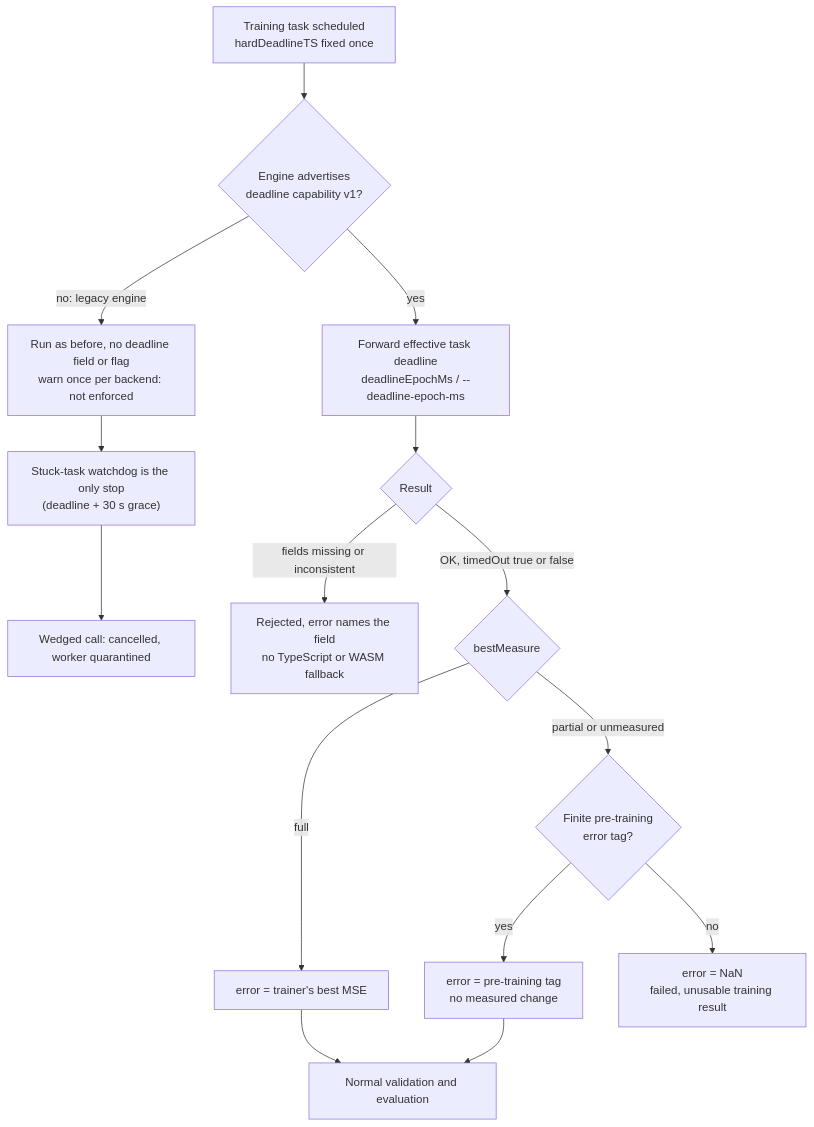
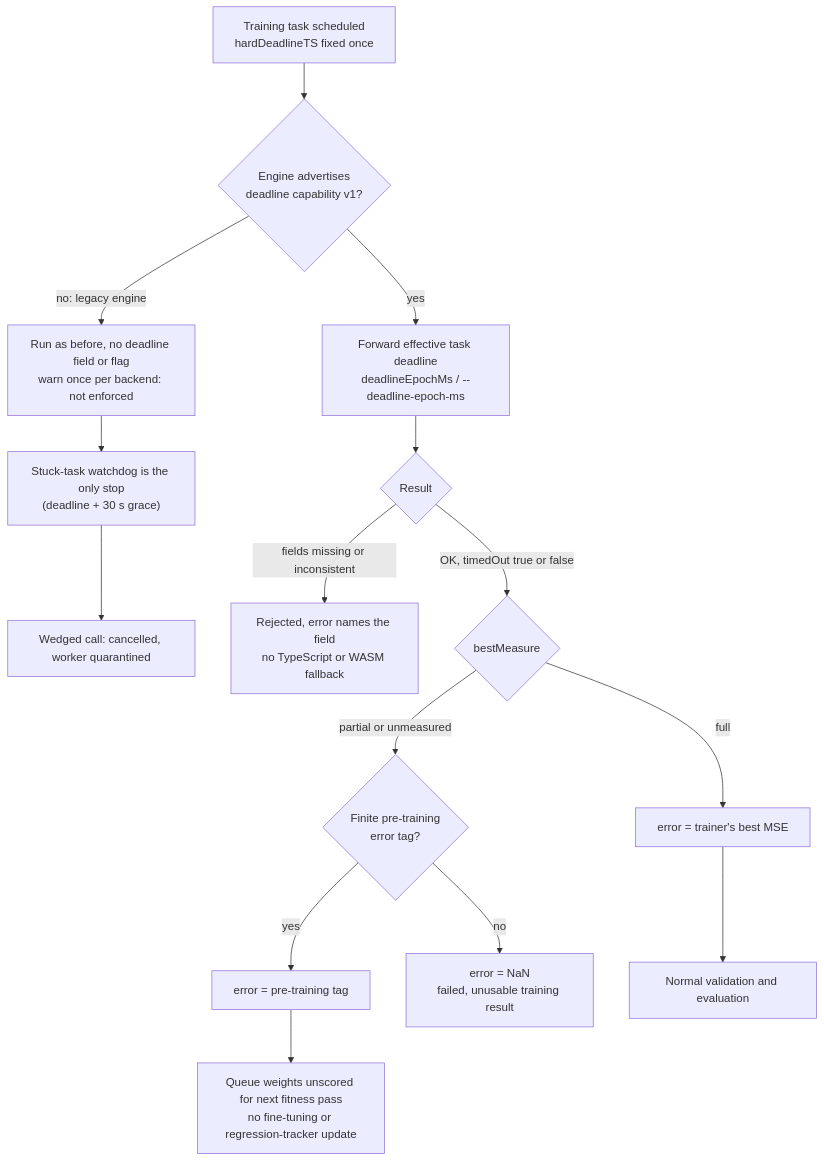
One commit to stSoftwareAU/NEAT-AI changed the first of 3 diagrams in docs/TIMEOUTS.md. Above: the diagram before and after it, drawn with Mermaid. The commit also changed other lines of this file and 3 other files, not shown here.

````diff
--- a/docs/TIMEOUTS.md
+++ b/docs/TIMEOUTS.md
@@ -421,17 +430,17 @@
 ```mermaid
 flowchart TD
     S["Training task scheduled<br/>hardDeadlineTS fixed once"] --> P{"Engine advertises<br/>deadline capability v1?"}
     P -- "no: legacy engine" --> L["Run as before, no deadline field or flag<br/>warn once per backend: not enforced"]
     L --> LW["Stuck-task watchdog is the only stop<br/>(deadline + 30 s grace)"]
     LW --> LC["Wedged call: cancelled, worker quarantined"]
     P -- "yes" --> F["Forward effective task deadline<br/>deadlineEpochMs / --deadline-epoch-ms"]
     F --> R{"Result"}
     R -- "fields missing or inconsistent" --> X["Rejected, error names the field<br/>no TypeScript or WASM fallback"]
     R -- "OK, timedOut true or false" --> B{"bestMeasure"}
     B -- "full" --> FE["error = trainer's best MSE"]
     B -- "partial or unmeasured" --> T{"Finite pre-training<br/>error tag?"}
-    T -- "yes" --> TE["error = pre-training tag<br/>no measured change"]
+    T -- "yes" --> TE["error = pre-training tag"]
     T -- "no" --> NE["error = NaN<br/>failed, unusable training result"]
     FE --> V["Normal validation and evaluation"]
-    TE --> V
+    TE --> U["Queue weights unscored for next fitness pass<br/>no fine-tuning or regression-tracker update"]
 ```
````
